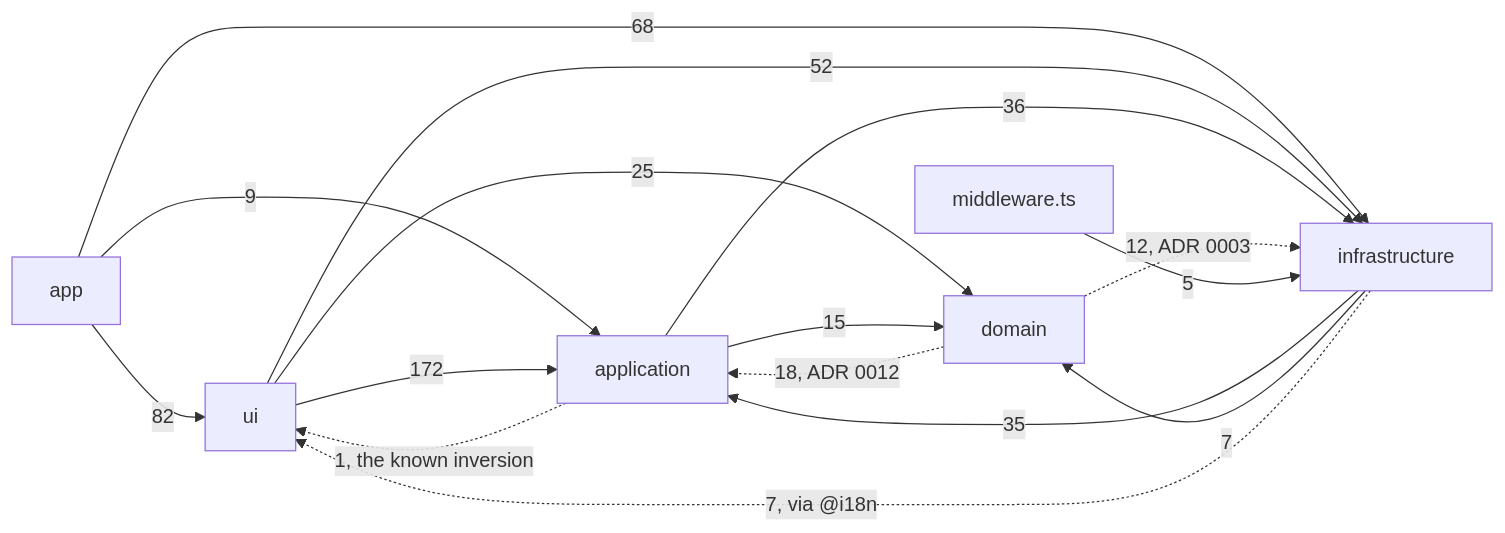
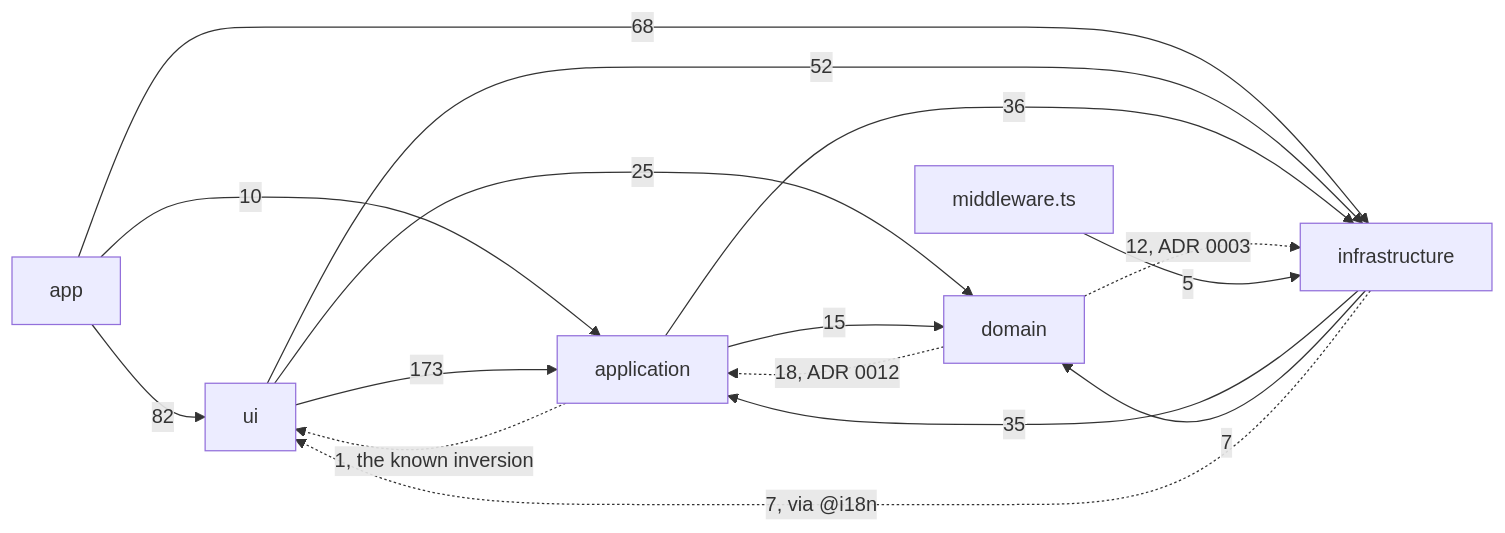
One commit to fbuireu/forever-pto changed the diagram in apps/docs/src/content/docs/architecture/overview.mdx. Above: the diagram before and after it, drawn with Mermaid. The commit also changed other lines of this file and 64 other files, not shown here.

````diff
--- a/apps/docs/src/content/docs/architecture/overview.mdx
+++ b/apps/docs/src/content/docs/architecture/overview.mdx
@@ -47,24 +47,24 @@
 ```mermaid
 flowchart LR
   APP[app]
   UI[ui]
   APPL[application]
   DOM[domain]
   INFRA[infrastructure]
   MW[middleware.ts]
   APP -->|82| UI
-  APP -->|9| APPL
+  APP -->|10| APPL
   APP -->|68| INFRA
-  UI -->|172| APPL
+  UI -->|173| APPL
   UI -->|25| DOM
   UI -->|52| INFRA
   APPL -->|15| DOM
   APPL -->|36| INFRA
   APPL -.->|1, the known inversion| UI
   DOM -.->|18, ADR 0012| APPL
   DOM -.->|12, ADR 0003| INFRA
   INFRA -->|35| APPL
   INFRA -->|7| DOM
   INFRA -.->|7, via @i18n| UI
   MW -->|5| INFRA
 ```
````
